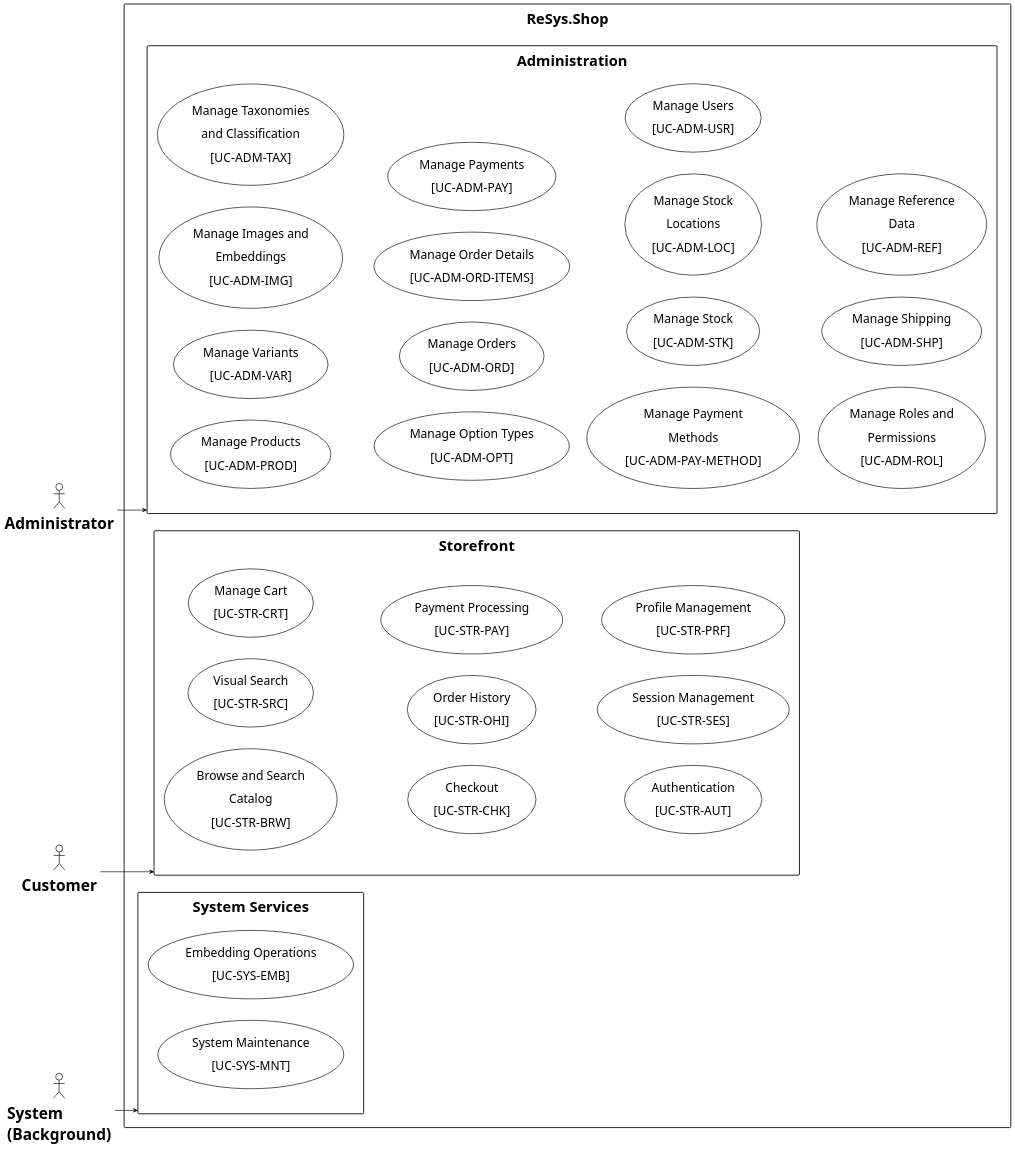
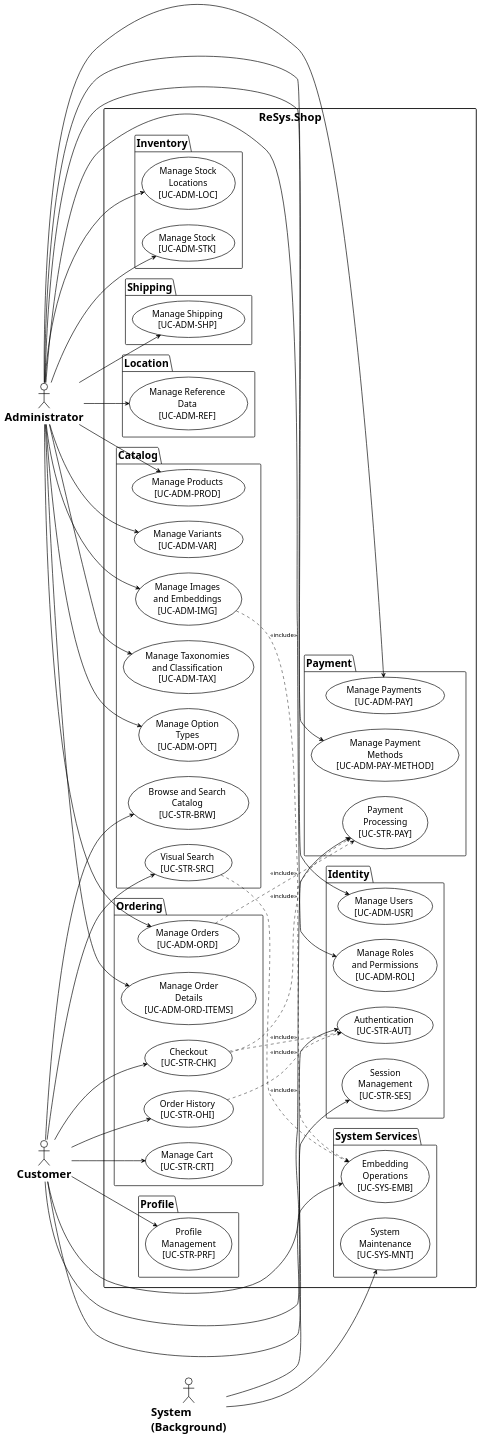
The diagram in thesis/figures/chapters/part2/ch2-design/02-use-cases/diagrams/P2S2.2.2_use-case-overview.puml (qingfa-dev/ReSys.Shop), drawn with PlantUML before and after one commit. The commit also changed 1 other file, not shown here.

Commit message:
fix: rewrite overview with module packages, pure CSS style, include relationships

```diff
--- a/thesis/figures/chapters/part2/ch2-design/02-use-cases/diagrams/P2S2.2.2_use-case-overview.puml
+++ b/thesis/figures/chapters/part2/ch2-design/02-use-cases/diagrams/P2S2.2.2_use-case-overview.puml
@@ -1,86 +1,142 @@
 @startuml use-case-overview
 left to right direction
 
-skinparam defaultFontName "Times New Roman"
-skinparam defaultFontSize 32
-skinparam actorFontSize 36
-skinparam usecaseFontSize 28
-skinparam packageFontSize 32
-skinparam stereotypeFontSize 18
-skinparam shadowing false
-skinparam padding 8
-skinparam nodesep 50
-skinparam ranksep 40
-
-skinparam actor {
-  BackgroundColor #FFFFFF
-  BorderColor #000000
-  BorderThickness 1.5
-  FontColor #000000
-  FontStyle bold
-}
-skinparam usecase {
-  BackgroundColor #FFFFFF
-  BorderColor #000000
-  BorderThickness 1.5
-  FontColor #000000
-}
-skinparam rectangle {
-  BackgroundColor #FFFFFF
-  BorderColor #000000
-  BorderThickness 2
-  FontSize 34
-  FontStyle bold
-}
-skinparam arrow {
-  Color #000000
-  Thickness 1.5
-  FontSize 18
-}
+<style>
+  root {
+    FontName "Times New Roman"
+    FontSize 20
+    Shadowing 0
+  }
+  actor {
+    BackGroundColor #FFFFFF
+    LineColor #000000
+    LineThickness 1.5
+    FontColor #000000
+    FontStyle bold
+    FontSize 26
+  }
+  usecase {
+    BackGroundColor #FFFFFF
+    LineColor #000000
+    LineThickness 1.5
+    FontColor #000000
+    FontSize 20
+  }
+  package {
+    BackGroundColor #FFFFFF
+    LineColor #000000
+    LineThickness 1.5
+    FontStyle bold
+    FontSize 24
+  }
+  rectangle {
+    BackGroundColor #FFFFFF
+    LineColor #000000
+    LineThickness 2
+    FontStyle bold
+    FontSize 26
+  }
+  arrow {
+    LineColor #000000
+    LineThickness 1.5
+    FontSize 14
+  }
+</style>
 
 actor "Administrator" as Admin
 actor "Customer" as Customer
 actor "System\n(Background)" as SysActor
 
 rectangle "ReSys.Shop" {
 
-  rectangle "Administration" as AdmArea {
-    usecase "Manage Products\n[UC-ADM-PROD]" as UC01
-    usecase "Manage Variants\n[UC-ADM-VAR]" as UC02
-    usecase "Manage Images and\nEmbeddings\n[UC-ADM-IMG]" as UC03
-    usecase "Manage Taxonomies\nand Classification\n[UC-ADM-TAX]" as UC04
-    usecase "Manage Option Types\n[UC-ADM-OPT]" as UC05
-    usecase "Manage Orders\n[UC-ADM-ORD]" as UC06
-    usecase "Manage Order Details\n[UC-ADM-ORD-ITEMS]" as UC06b
-    usecase "Manage Payments\n[UC-ADM-PAY]" as UC07
-    usecase "Manage Payment\nMethods\n[UC-ADM-PAY-METHOD]" as UC08
-    usecase "Manage Stock\n[UC-ADM-STK]" as UC09
-    usecase "Manage Stock\nLocations\n[UC-ADM-LOC]" as UC10
-    usecase "Manage Users\n[UC-ADM-USR]" as UC11
-    usecase "Manage Roles and\nPermissions\n[UC-ADM-ROL]" as UC12
-    usecase "Manage Shipping\n[UC-ADM-SHP]" as UC13
-    usecase "Manage Reference\nData\n[UC-ADM-REF]" as UC14
+  package "Catalog" {
+    usecase "Manage Products\n[UC-ADM-PROD]" as UC_ADM_PROD
+    usecase "Manage Variants\n[UC-ADM-VAR]" as UC_ADM_VAR
+    usecase "Manage Images\nand Embeddings\n[UC-ADM-IMG]" as UC_ADM_IMG
+    usecase "Manage Taxonomies\nand Classification\n[UC-ADM-TAX]" as UC_ADM_TAX
+    usecase "Manage Option\nTypes\n[UC-ADM-OPT]" as UC_ADM_OPT
+    usecase "Browse and Search\nCatalog\n[UC-STR-BRW]" as UC_STR_BRW
+    usecase "Visual Search\n[UC-STR-SRC]" as UC_STR_SRC
   }
 
-  rectangle "Storefront" as StrArea {
-    usecase "Browse and Search\nCatalog\n[UC-STR-BRW]" as UC15
-    usecase "Visual Search\n[UC-STR-SRC]" as UC16
-    usecase "Manage Cart\n[UC-STR-CRT]" as UC17
-    usecase "Checkout\n[UC-STR-CHK]" as UC18
-    usecase "Order History\n[UC-STR-OHI]" as UC19
-    usecase "Payment Processing\n[UC-STR-PAY]" as UC20
-    usecase "Authentication\n[UC-STR-AUT]" as UC21
-    usecase "Session Management\n[UC-STR-SES]" as UC22
-    usecase "Profile Management\n[UC-STR-PRF]" as UC23
+  package "Ordering" {
+    usecase "Manage Orders\n[UC-ADM-ORD]" as UC_ADM_ORD
+    usecase "Manage Order\nDetails\n[UC-ADM-ORD-ITEMS]" as UC_ADM_ORD_ITEMS
+    usecase "Manage Cart\n[UC-STR-CRT]" as UC_STR_CRT
+    usecase "Checkout\n[UC-STR-CHK]" as UC_STR_CHK
+    usecase "Order History\n[UC-STR-OHI]" as UC_STR_OHI
   }
 
-  rectangle "System Services" as SysArea {
-    usecase "Embedding Operations\n[UC-SYS-EMB]" as UC24
-    usecase "System Maintenance\n[UC-SYS-MNT]" as UC25
+  package "Payment" {
+    usecase "Manage Payments\n[UC-ADM-PAY]" as UC_ADM_PAY
+    usecase "Manage Payment\nMethods\n[UC-ADM-PAY-METHOD]" as UC_ADM_PAY_METHOD
+    usecase "Payment\nProcessing\n[UC-STR-PAY]" as UC_STR_PAY
+  }
+
+  package "Inventory" {
+    usecase "Manage Stock\n[UC-ADM-STK]" as UC_ADM_STK
+    usecase "Manage Stock\nLocations\n[UC-ADM-LOC]" as UC_ADM_LOC
+  }
+
+  package "Identity" {
+    usecase "Manage Users\n[UC-ADM-USR]" as UC_ADM_USR
+    usecase "Manage Roles\nand Permissions\n[UC-ADM-ROL]" as UC_ADM_ROL
+    usecase "Authentication\n[UC-STR-AUT]" as UC_STR_AUT
+    usecase "Session\nManagement\n[UC-STR-SES]" as UC_STR_SES
+  }
+
+  package "Shipping" {
+    usecase "Manage Shipping\n[UC-ADM-SHP]" as UC_ADM_SHP
+  }
+
+  package "Location" {
+    usecase "Manage Reference\nData\n[UC-ADM-REF]" as UC_ADM_REF
+  }
+
+  package "Profile" {
+    usecase "Profile\nManagement\n[UC-STR-PRF]" as UC_STR_PRF
+  }
+
+  package "System Services" {
+    usecase "Embedding\nOperations\n[UC-SYS-EMB]" as UC_SYS_EMB
+    usecase "System\nMaintenance\n[UC-SYS-MNT]" as UC_SYS_MNT
   }
 }
 
-Admin --> AdmArea
-Customer --> StrArea
-SysActor --> SysArea
+Admin --> UC_ADM_PROD
+Admin --> UC_ADM_VAR
+Admin --> UC_ADM_IMG
+Admin --> UC_ADM_TAX
+Admin --> UC_ADM_OPT
+Admin --> UC_ADM_ORD
+Admin --> UC_ADM_ORD_ITEMS
+Admin --> UC_ADM_PAY
+Admin --> UC_ADM_PAY_METHOD
+Admin --> UC_ADM_STK
+Admin --> UC_ADM_LOC
+Admin --> UC_ADM_USR
+Admin --> UC_ADM_ROL
+Admin --> UC_ADM_SHP
+Admin --> UC_ADM_REF
+
+Customer --> UC_STR_BRW
+Customer --> UC_STR_SRC
+Customer --> UC_STR_CRT
+Customer --> UC_STR_CHK
+Customer --> UC_STR_OHI
+Customer --> UC_STR_PAY
+Customer --> UC_STR_AUT
+Customer --> UC_STR_SES
+Customer --> UC_STR_PRF
+
+SysActor --> UC_SYS_EMB
+SysActor --> UC_SYS_MNT
+
+UC_STR_CHK ..> UC_STR_PAY : <<include>>
+UC_STR_CHK ..> UC_STR_AUT : <<include>>
+UC_STR_SRC ..> UC_SYS_EMB : <<include>>
+UC_ADM_IMG ..> UC_SYS_EMB : <<include>>
+UC_ADM_ORD ..> UC_STR_PAY : <<include>>
+UC_STR_OHI ..> UC_STR_AUT : <<include>>
+
 @enduml
```
